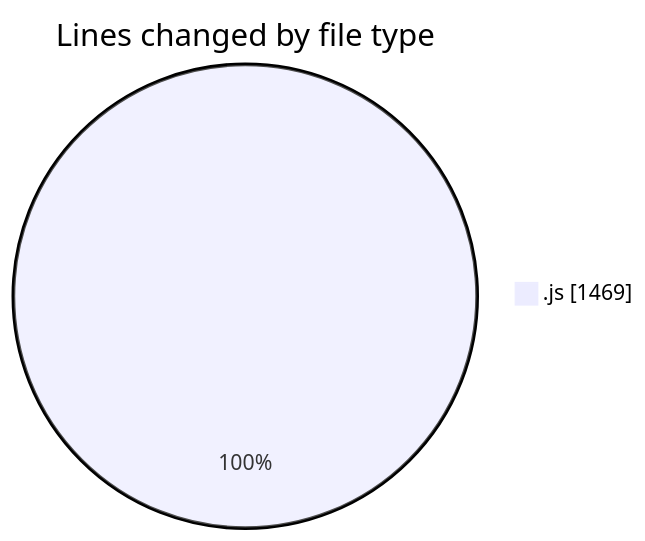
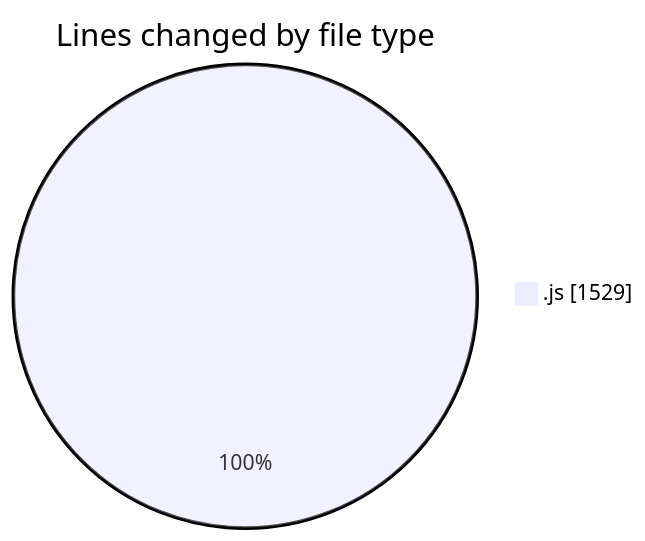
Before and after one commit to nxtqubesakshisongat/code-tracking: the first of 2 diagrams in 2025-10-15/nxtqube_webapp/README.md, drawn with Mermaid. The commit also changed other lines of this file and 1 other file, not shown here.

````diff
--- a/2025-10-15/nxtqube_webapp/README.md
+++ b/2025-10-15/nxtqube_webapp/README.md
@@ -20,5 +20,5 @@
 ```mermaid
 pie showData
 title Lines changed by file type
-".js" : 1469
+".js" : 1529
 ```
````
